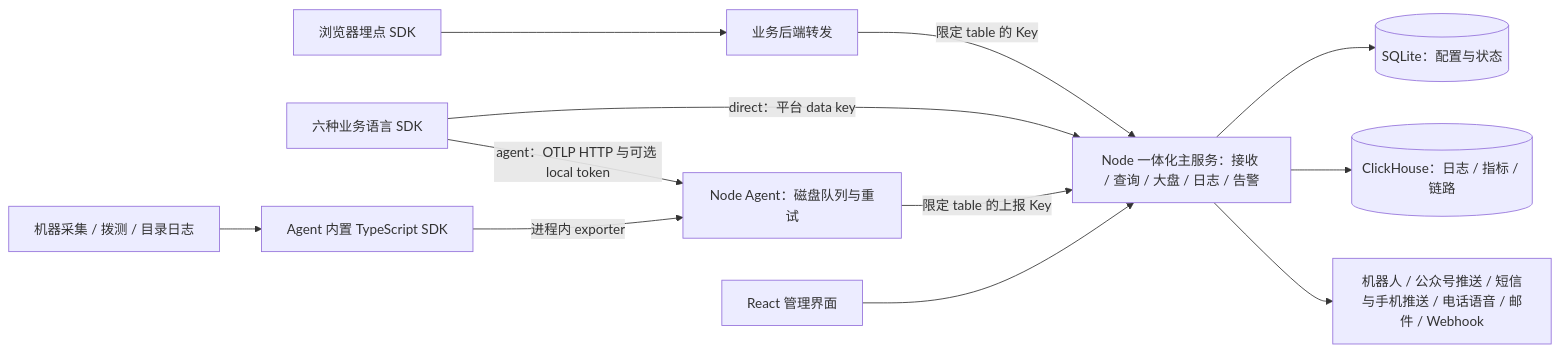
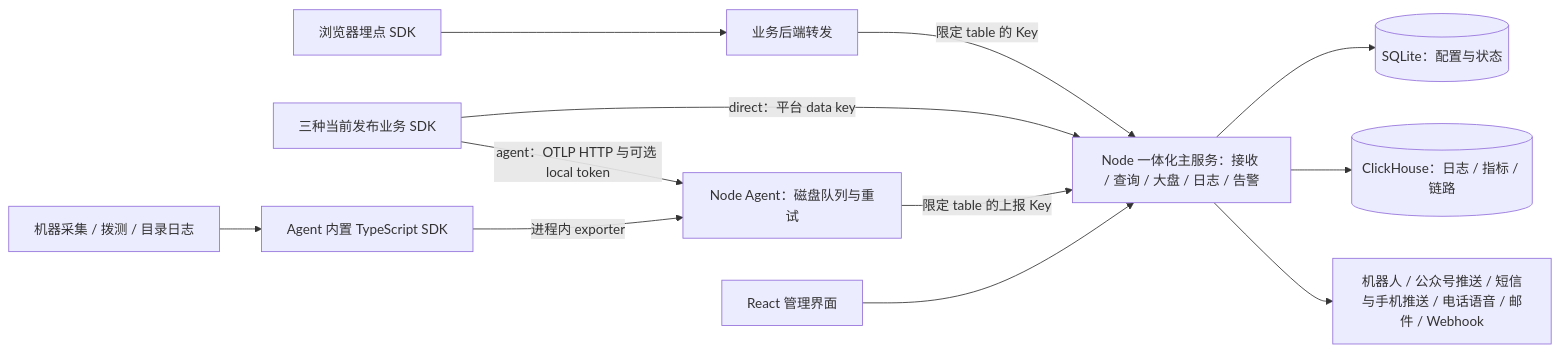
Before and after one commit to workhold/lightmoni: the diagram in docs/architecture.md, drawn with Mermaid. The commit also changed other lines of this file and 40 other files, not shown here.

````diff
--- a/docs/architecture.md
+++ b/docs/architecture.md
@@ -22,14 +22,14 @@
 ```mermaid
 flowchart LR
     B[浏览器埋点 SDK] --> P[业务后端转发]
     P -->|限定 table 的 Key| M
-    S[六种业务语言 SDK] -->|direct：平台 data key| M
+    S[三种当前发布业务 SDK] -->|direct：平台 data key| M
     S -->|agent：OTLP HTTP 与可选 local token| A
     H[机器采集 / 拨测 / 目录日志] --> G[Agent 内置 TypeScript SDK]
     G -->|进程内 exporter| A
     A[Node Agent：磁盘队列与重试] -->|限定 table 的上报 Key| M
     U[React 管理界面] --> M
     M[Node 一体化主服务：接收 / 查询 / 大盘 / 日志 / 告警] --> Q[(SQLite：配置与状态)]
     M --> C[(ClickHouse：日志 / 指标 / 链路)]
     M --> N[机器人 / 公众号推送 / 短信与手机推送 / 电话语音 / 邮件 / Webhook]
 ```
````
